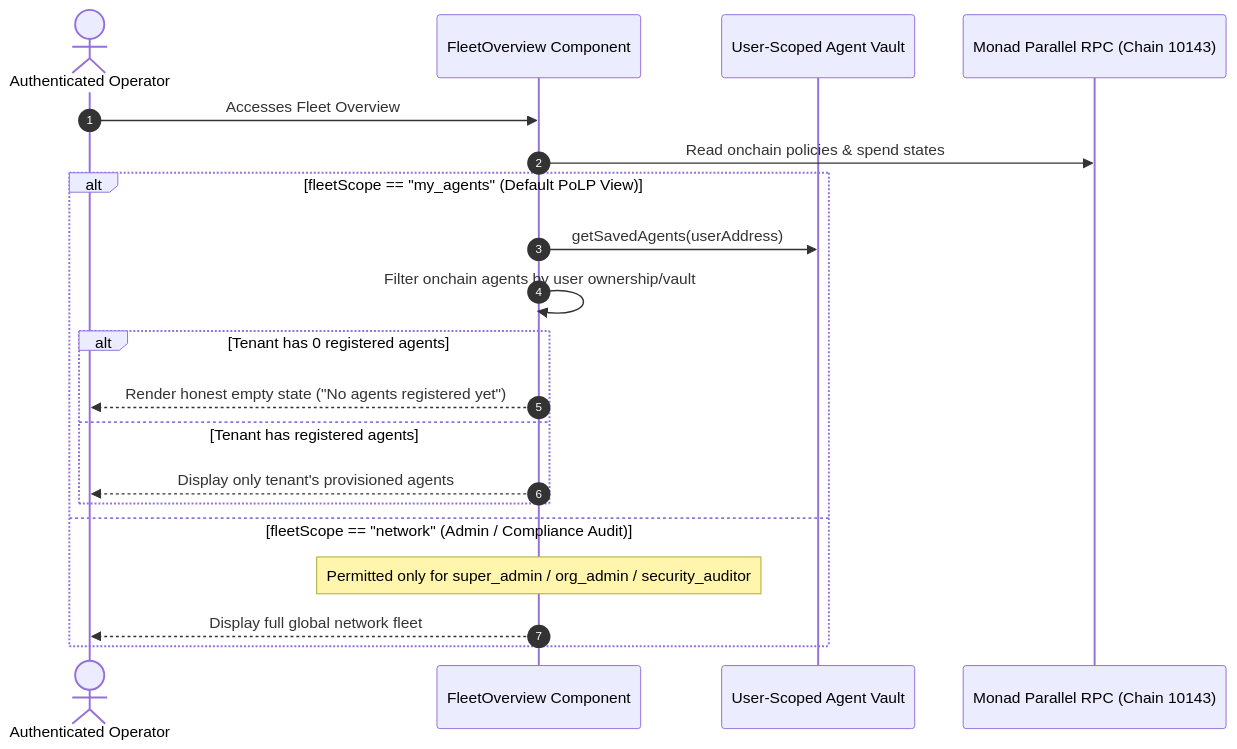
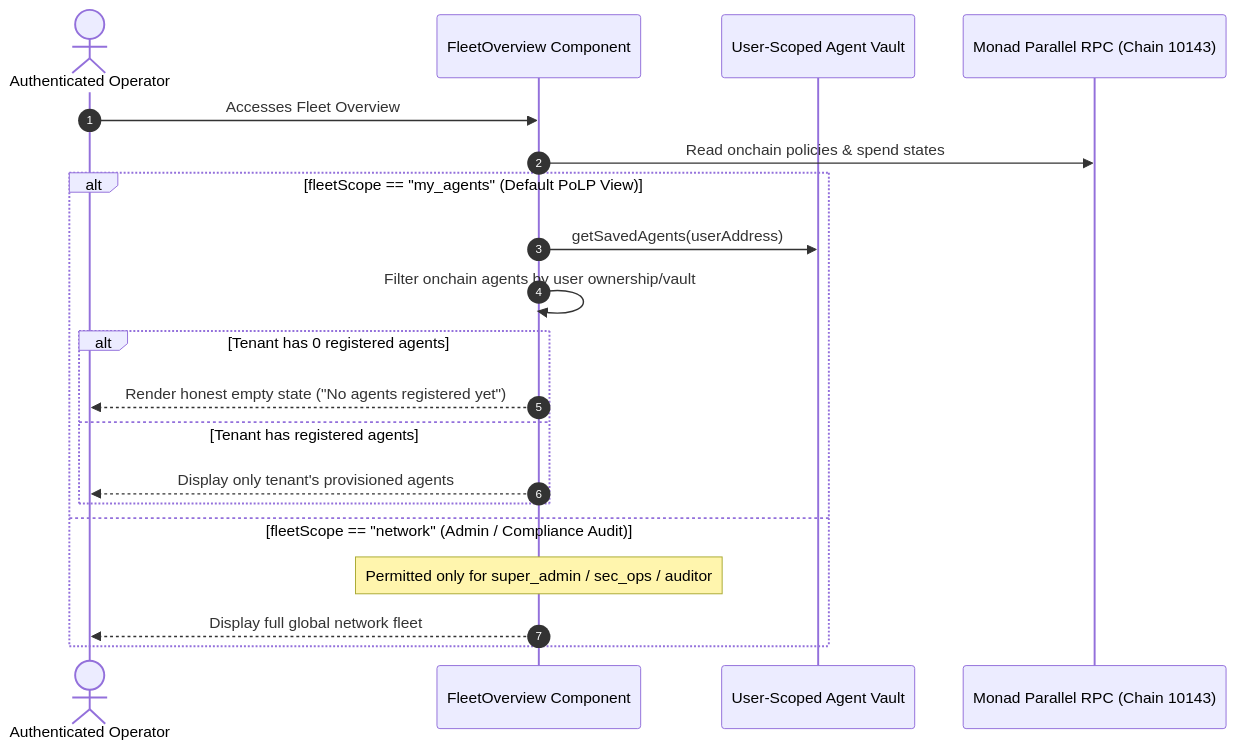
The fourth of 7 diagrams in docs/SYSTEM_FLOWS.md (klyran-labs/metropolis), drawn with Mermaid before and after one commit. The commit also changed other lines of this file and 181 other files, not shown here.

````diff
--- a/docs/SYSTEM_FLOWS.md
+++ b/docs/SYSTEM_FLOWS.md
@@ -85,23 +85,23 @@
 ```mermaid
 sequenceDiagram
     autonumber
     actor User as Authenticated Operator
     participant UI as FleetOverview Component
     participant Vault as User-Scoped Agent Vault
     participant RPC as Monad Parallel RPC (Chain 10143)
     
     User->>UI: Accesses Fleet Overview
     UI->>RPC: Read onchain policies & spend states
     alt fleetScope == "my_agents" (Default PoLP View)
         UI->>Vault: getSavedAgents(userAddress)
         UI->>UI: Filter onchain agents by user ownership/vault
         alt Tenant has 0 registered agents
             UI-->>User: Render honest empty state ("No agents registered yet")
         else Tenant has registered agents
             UI-->>User: Display only tenant's provisioned agents
         end
     else fleetScope == "network" (Admin / Compliance Audit)
-        Note over UI: Permitted only for super_admin / org_admin / security_auditor
+        Note over UI: Permitted only for super_admin / sec_ops / auditor
         UI-->>User: Display full global network fleet
     end
 ```
````
